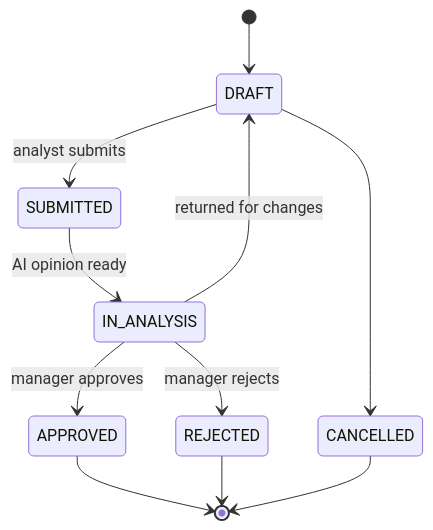
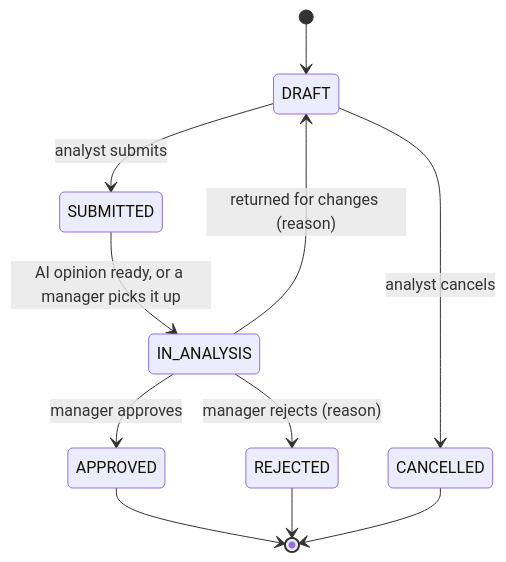
The fifth of 8 diagrams in README.md (vanilds/vanilds.github.io), drawn with Mermaid before and after one commit. The commit also changed other lines of this file and 74 other files, not shown here.

````diff
--- a/README.md
+++ b/README.md
@@ -225,13 +225,13 @@
 ```mermaid
 stateDiagram-v2
     [*] --> DRAFT
     DRAFT --> SUBMITTED: analyst submits
-    SUBMITTED --> IN_ANALYSIS: AI opinion ready
+    SUBMITTED --> IN_ANALYSIS: AI opinion ready, or a manager picks it up
     IN_ANALYSIS --> APPROVED: manager approves
-    IN_ANALYSIS --> REJECTED: manager rejects
-    IN_ANALYSIS --> DRAFT: returned for changes
-    DRAFT --> CANCELLED
+    IN_ANALYSIS --> REJECTED: manager rejects (reason)
+    IN_ANALYSIS --> DRAFT: returned for changes (reason)
+    DRAFT --> CANCELLED: analyst cancels
     APPROVED --> [*]
     REJECTED --> [*]
     CANCELLED --> [*]
 ```
````
